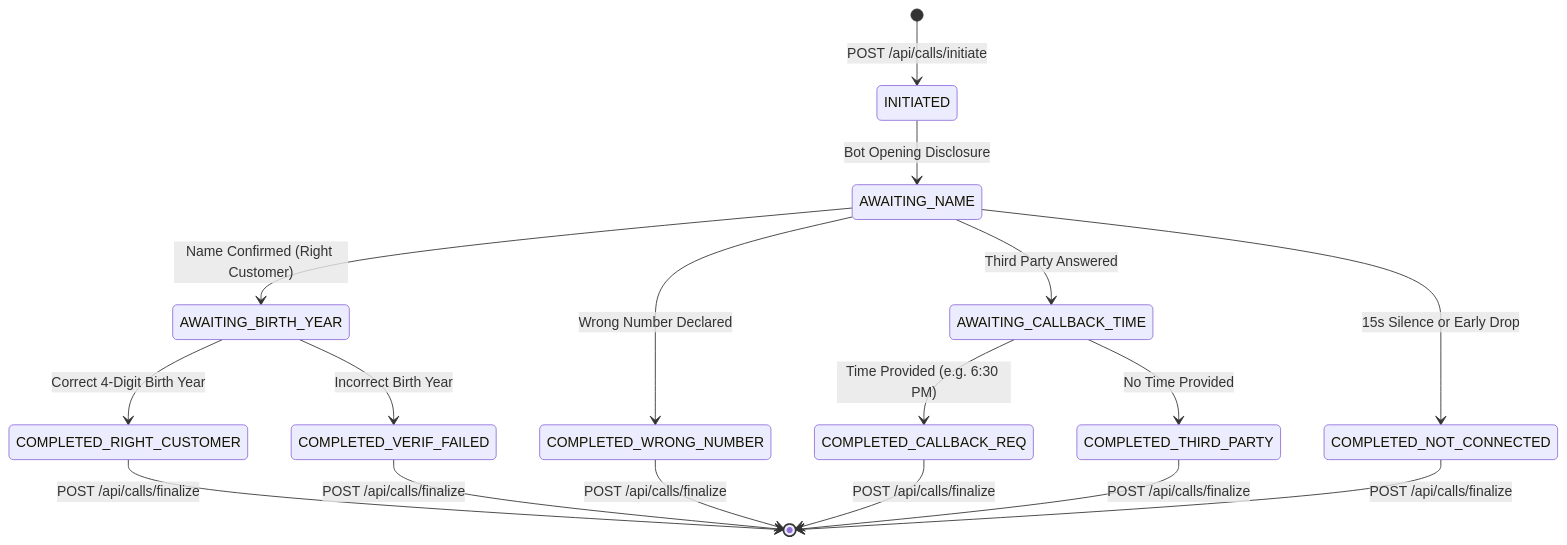
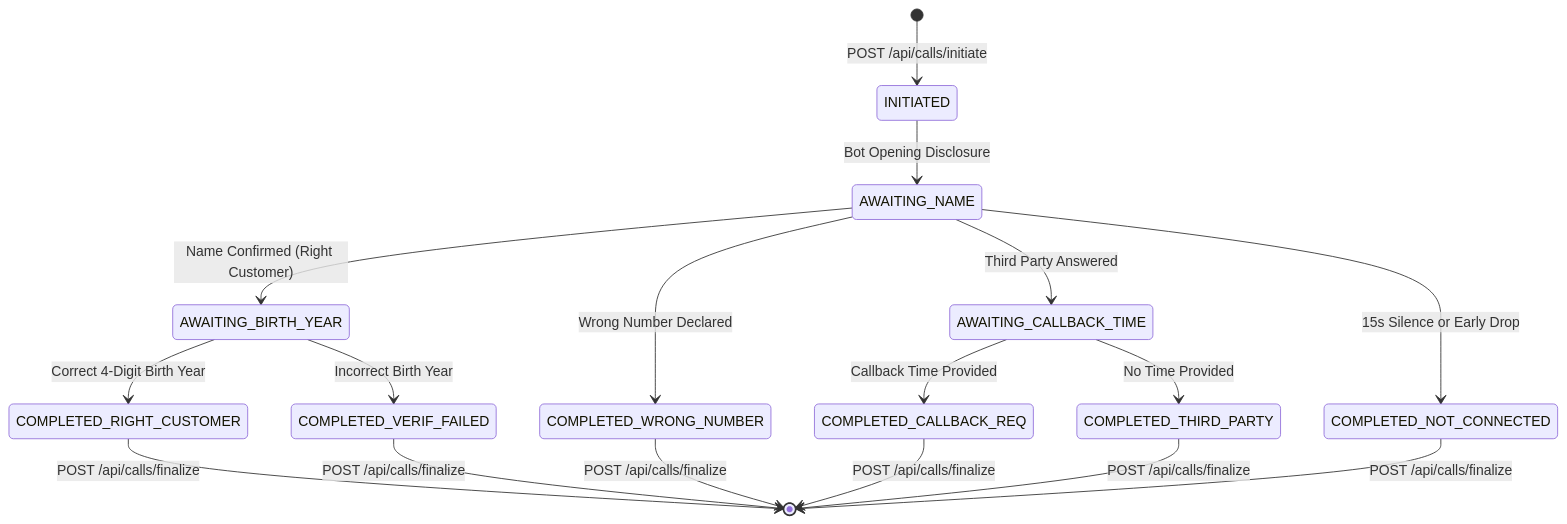
One commit to HIMpcgithub3000/Shahfin changed the second of 3 diagrams in ARCHITECTURE_REVIEW.md. Above: the diagram before and after it, drawn with Mermaid. The commit also changed other lines of this file and 1 other file, not shown here.

Commit message:
fix(docs): quote node labels and edge texts in Mermaid diagrams to fix GitHub parser syntax error

````diff
--- a/ARCHITECTURE_REVIEW.md
+++ b/ARCHITECTURE_REVIEW.md
@@ -78,23 +78,23 @@
 ```mermaid
 stateDiagram-v2
     [*] --> INITIATED: POST /api/calls/initiate
     INITIATED --> AWAITING_NAME: Bot Opening Disclosure
     
     AWAITING_NAME --> AWAITING_BIRTH_YEAR: Name Confirmed (Right Customer)
     AWAITING_NAME --> COMPLETED_WRONG_NUMBER: Wrong Number Declared
     AWAITING_NAME --> AWAITING_CALLBACK_TIME: Third Party Answered
     AWAITING_NAME --> COMPLETED_NOT_CONNECTED: 15s Silence or Early Drop
     
     AWAITING_BIRTH_YEAR --> COMPLETED_RIGHT_CUSTOMER: Correct 4-Digit Birth Year
     AWAITING_BIRTH_YEAR --> COMPLETED_VERIF_FAILED: Incorrect Birth Year
     
-    AWAITING_CALLBACK_TIME --> COMPLETED_CALLBACK_REQ: Time Provided (e.g. 6:30 PM)
+    AWAITING_CALLBACK_TIME --> COMPLETED_CALLBACK_REQ: Callback Time Provided
     AWAITING_CALLBACK_TIME --> COMPLETED_THIRD_PARTY: No Time Provided
     
     COMPLETED_RIGHT_CUSTOMER --> [*]: POST /api/calls/finalize
     COMPLETED_VERIF_FAILED --> [*]: POST /api/calls/finalize
     COMPLETED_WRONG_NUMBER --> [*]: POST /api/calls/finalize
     COMPLETED_CALLBACK_REQ --> [*]: POST /api/calls/finalize
     COMPLETED_THIRD_PARTY --> [*]: POST /api/calls/finalize
     COMPLETED_NOT_CONNECTED --> [*]: POST /api/calls/finalize
 ```
````
